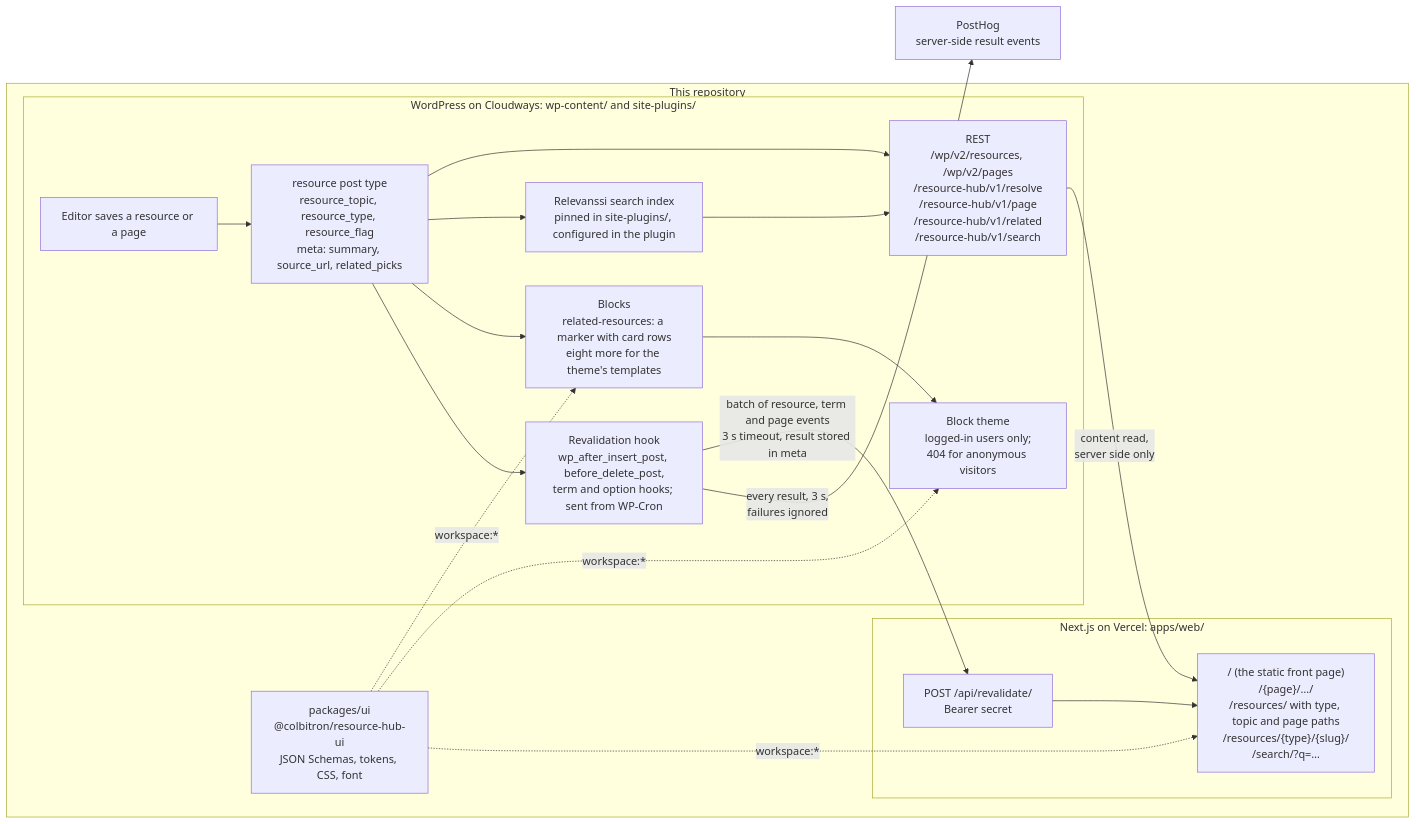
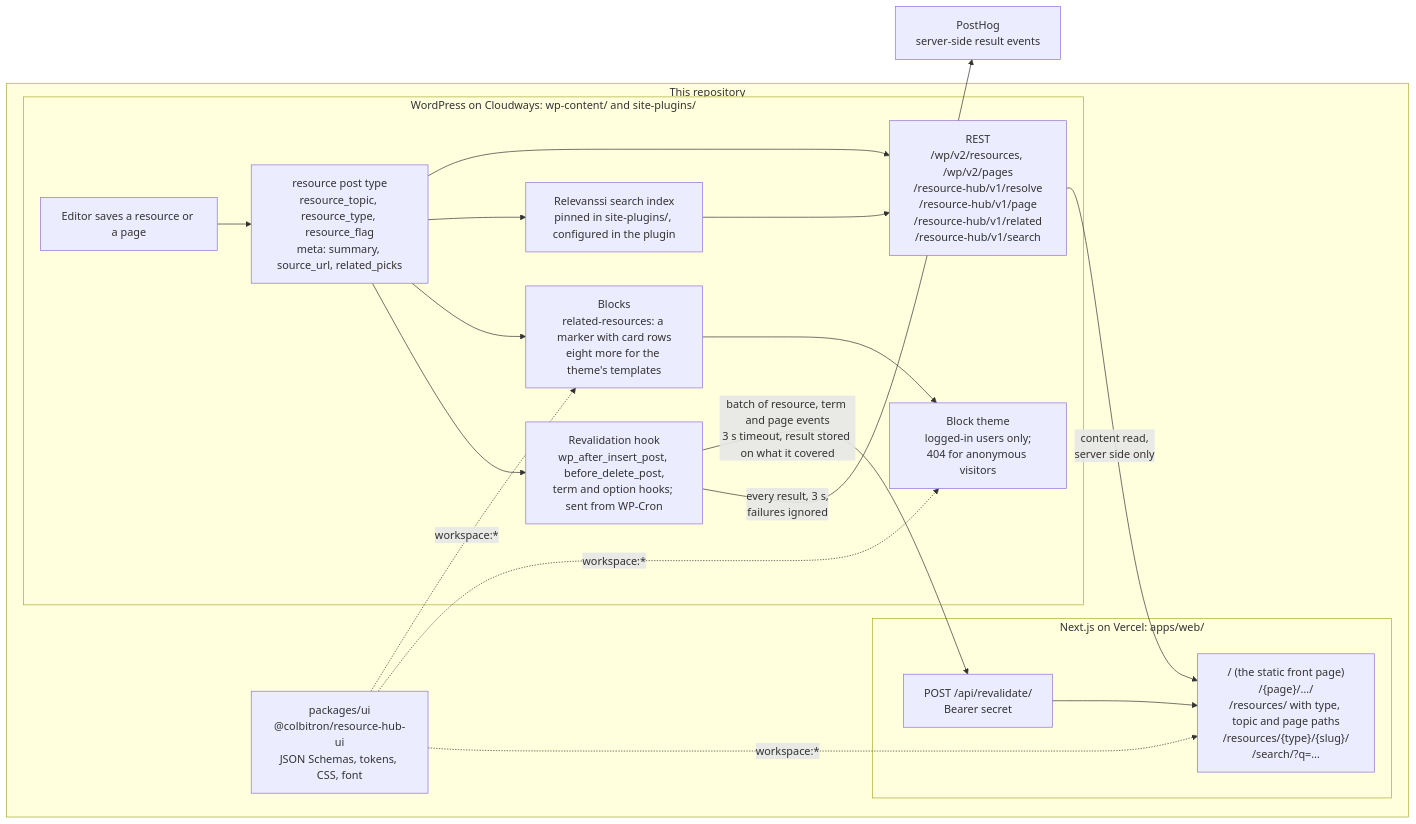
Before and after one commit to Colbitron/resource-hub-wp: the diagram in README.md, drawn with Mermaid. The commit also changed other lines of this file and 2 other files, not shown here.

````diff
--- a/README.md
+++ b/README.md
@@ -16,38 +16,38 @@
 ```mermaid
 flowchart LR
     subgraph repo["This repository"]
         subgraph wp["WordPress on Cloudways: wp-content/ and site-plugins/"]
             editor["Editor saves a resource or a page"]
             cpt["resource post type<br/>resource_topic, resource_type, resource_flag<br/>meta: summary, source_url, related_picks"]
             search["Relevanssi search index<br/>pinned in site-plugins/, configured in the plugin"]
             rest["REST<br/>/wp/v2/resources, /wp/v2/pages<br/>/resource-hub/v1/resolve<br/>/resource-hub/v1/page<br/>/resource-hub/v1/related<br/>/resource-hub/v1/search"]
             block["Blocks<br/>related-resources: a marker with card rows<br/>eight more for the theme's templates"]
             hook["Revalidation hook<br/>wp_after_insert_post, before_delete_post,<br/>term and option hooks; sent from WP-Cron"]
             theme["Block theme<br/>logged-in users only;<br/>404 for anonymous visitors"]
             editor --> cpt
             cpt --> rest
             cpt --> search
             search --> rest
             cpt --> block
             block --> theme
             cpt --> hook
         end
 
         ui["packages/ui<br/>@colbitron/resource-hub-ui<br/>JSON Schemas, tokens, CSS, font"]
 
         subgraph next["Next.js on Vercel: apps/web/"]
             api["POST /api/revalidate/<br/>Bearer secret"]
             pages["/ (the static front page)<br/>/{page}/…/<br/>/resources/ with type, topic and page paths<br/>/resources/{type}/{slug}/<br/>/search/?q=…"]
             api --> pages
         end
     end
 
     posthog["PostHog<br/>server-side result events"]
 
     rest -->|"content read,<br/>server side only"| pages
-    hook -->|"batch of resource, term and page events<br/>3 s timeout, result stored in meta"| api
+    hook -->|"batch of resource, term and page events<br/>3 s timeout, result stored on what it covered"| api
     hook -->|"every result, 3 s,<br/>failures ignored"| posthog
     ui -.->|"workspace:*"| block
     ui -.->|"workspace:*"| theme
     ui -.->|"workspace:*"| pages
 ```
````
